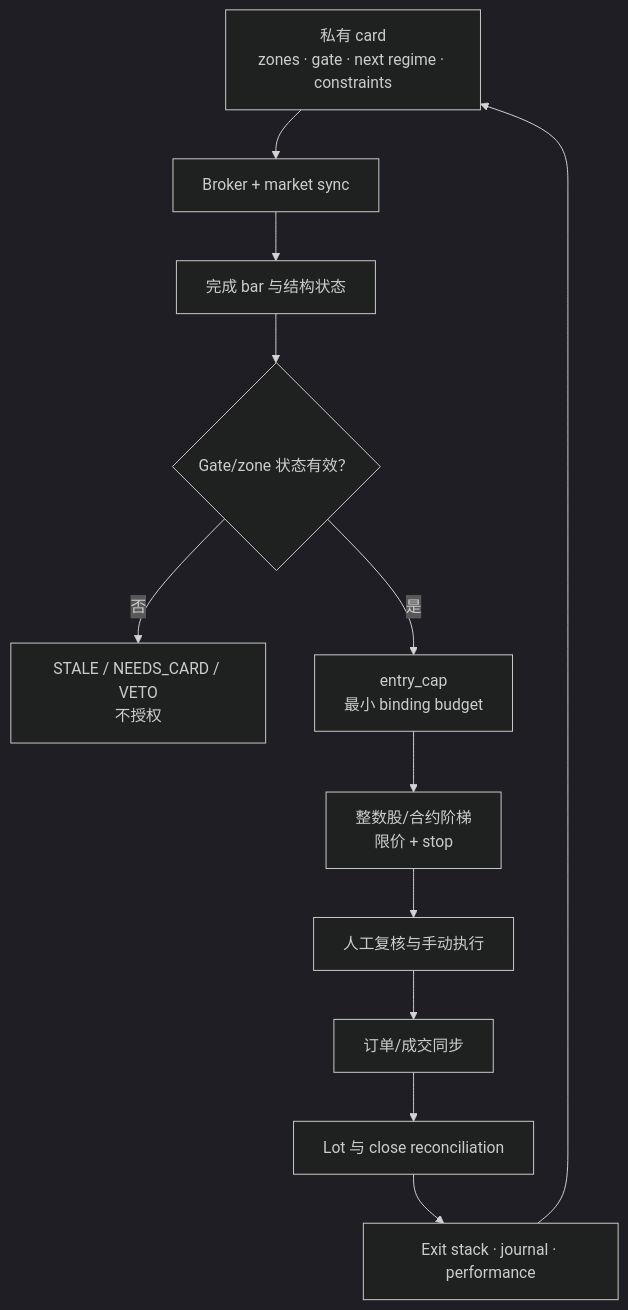
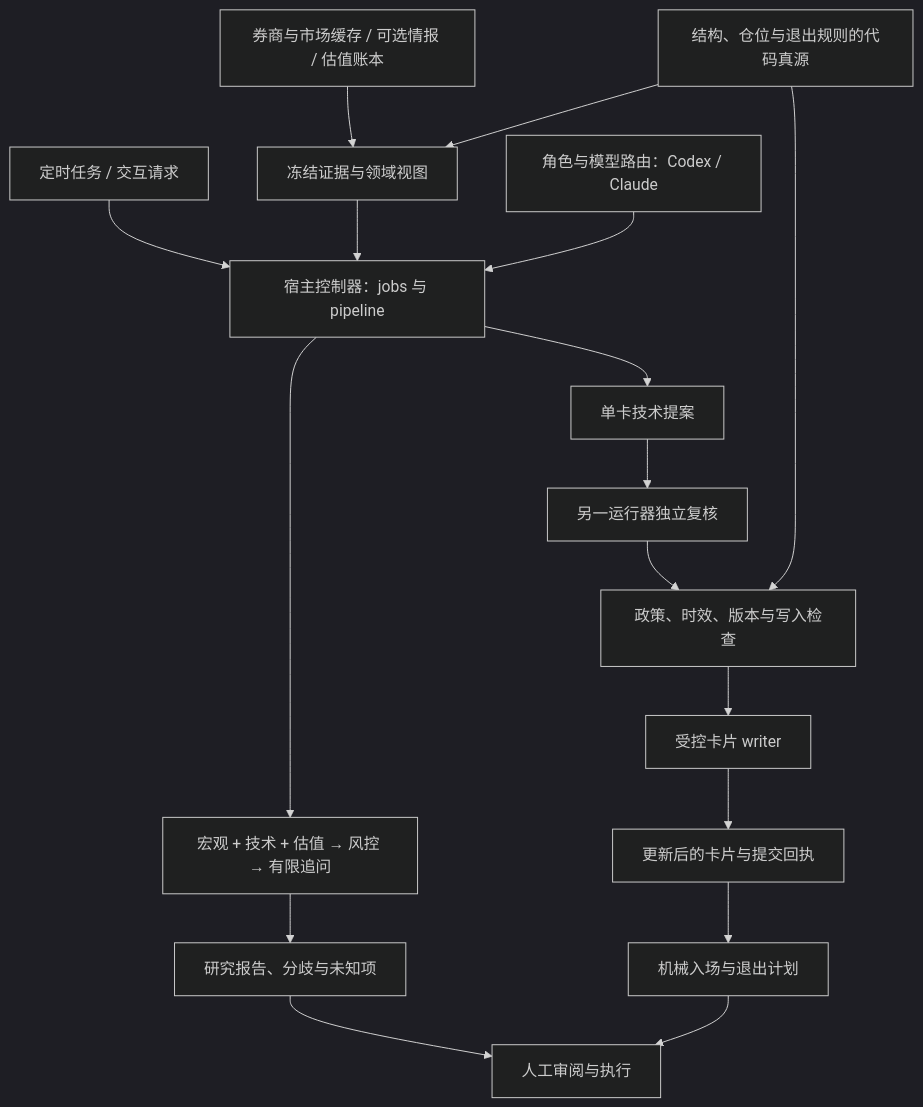
One commit to Coreychen4444/coreytrading changed the diagram in README_CN.md. Above: the diagram before and after it, drawn with Mermaid (dark theme). The commit also changed other lines of this file and 6 other files, not shown here.

````diff
--- a/README_CN.md
+++ b/README_CN.md
@@ -252,14 +13,19 @@
 ```mermaid
 flowchart TD
-    U["私有 card<br/>zones · gate · next regime · constraints"] --> Q["Broker + market sync"]
-    Q --> C["完成 bar 与结构状态"]
-    C --> G{"Gate/zone 状态有效？"}
-    G -->|"否"| X["STALE / NEEDS_CARD / VETO<br/>不授权"]
-    G -->|"是"| B["entry_cap<br/>最小 binding budget"]
-    B --> L["整数股/合约阶梯<br/>限价 + stop"]
-    L --> H["人工复核与手动执行"]
-    H --> O["订单/成交同步"]
-    O --> R["Lot 与 close reconciliation"]
-    R --> E["Exit stack · journal · performance"]
-    E --> U
+    Trigger["定时任务 / 交互请求"] --> Jobs["宿主控制器：jobs 与 pipeline"]
+    Sources["券商与市场缓存 / 可选情报 / 估值账本"] --> Inputs["冻结证据与领域视图"]
+    Rules["结构、仓位与退出规则的代码真源"] --> Inputs
+    Inputs --> Jobs
+    Routes["角色与模型路由：Codex / Claude"] --> Jobs
+    Jobs --> Workflow["宏观 + 技术 + 估值 → 风控 → 有限追问"]
+    Workflow --> Reports["研究报告、分歧与未知项"]
+    Jobs --> Card["单卡技术提案"]
+    Card --> Review["另一运行器独立复核"]
+    Review --> Submit["政策、时效、版本与写入检查"]
+    Rules --> Submit
+    Submit --> Writer["受控卡片 writer"]
+    Writer --> State["更新后的卡片与提交回执"]
+    State --> Plan["机械入场与退出计划"]
+    Reports --> Human["人工审阅与执行"]
+    Plan --> Human
 ```
````
